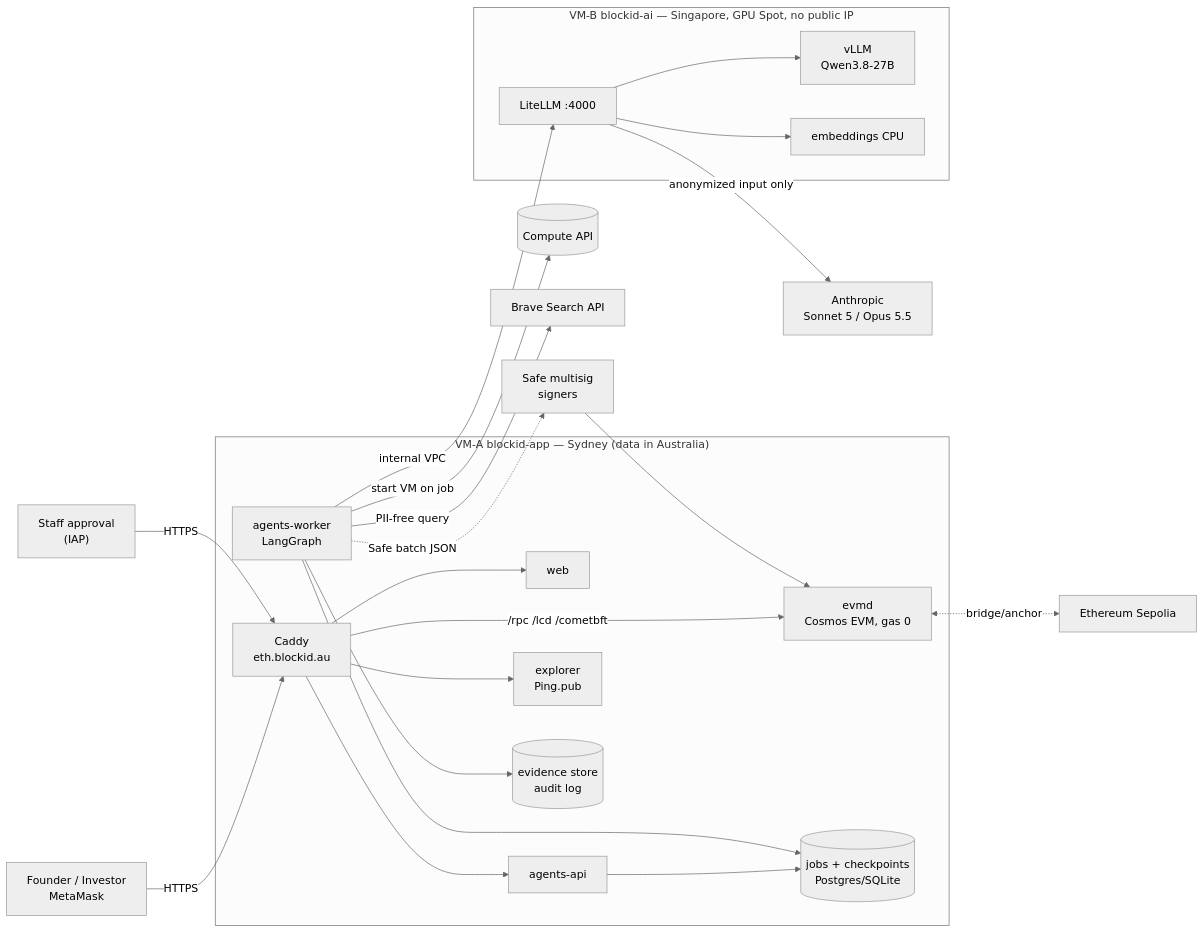
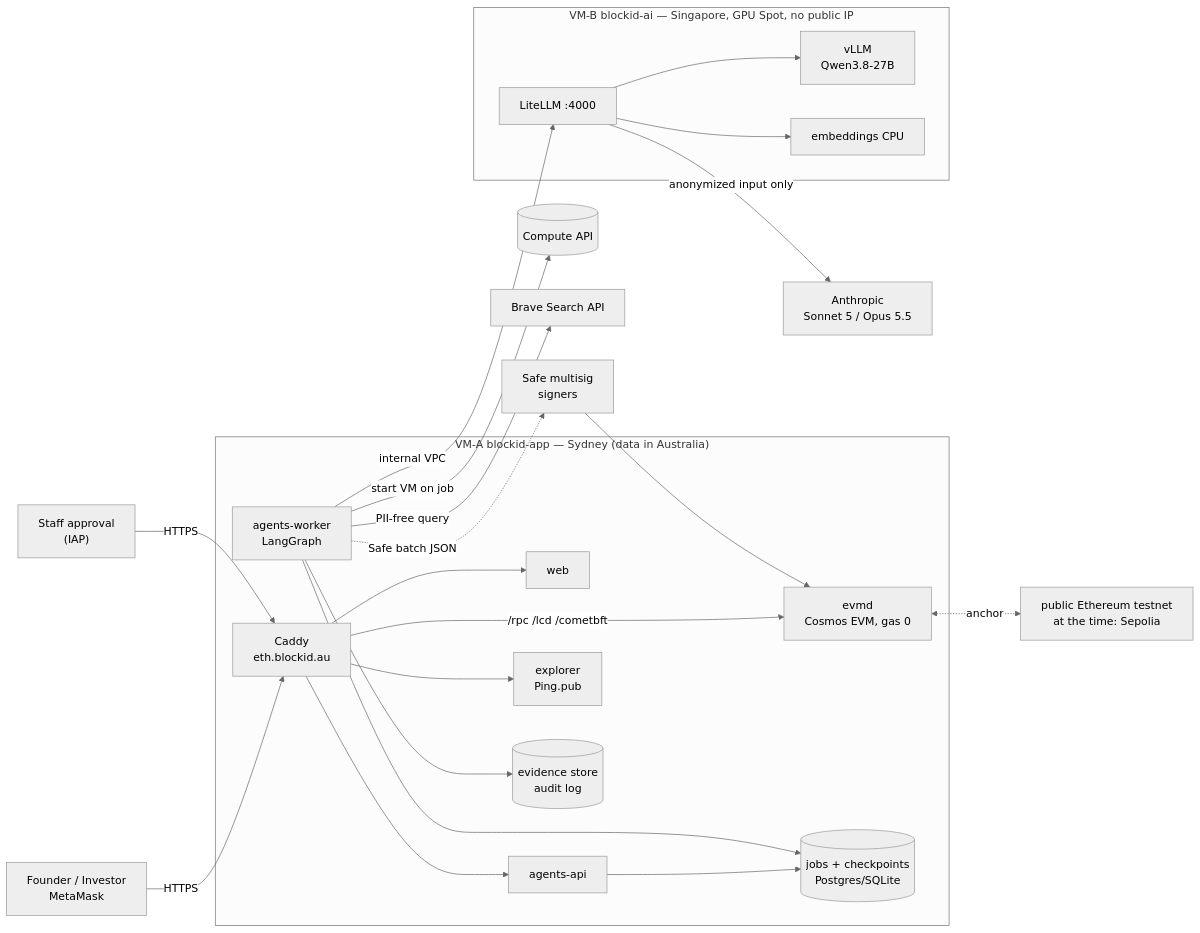
The second of 2 diagrams in docs/ARCHITECTURE.md (Blockid-au/eth-blockid-hackathon), drawn with Mermaid (neutral theme) before and after one commit. The commit also changed other lines of this file and 141 other files, not shown here.

````diff
--- a/docs/ARCHITECTURE.md
+++ b/docs/ARCHITECTURE.md
@@ -8,25 +120,25 @@
 ```mermaid
 flowchart LR
   U[Founder / Investor<br/>MetaMask] -->|HTTPS| C[Caddy<br/>eth.blockid.au]
   S["Staff approval<br/>(IAP)"] -->|HTTPS| C
   subgraph APP["VM-A blockid-app — Sydney (data in Australia)"]
     C --> W[web]
     C --> API[agents-api]
     C -->|/rpc /lcd /cometbft| N[evmd<br/>Cosmos EVM, gas 0]
     C --> X[explorer<br/>Ping.pub]
     API --> Q[(jobs + checkpoints<br/>Postgres/SQLite)]
     WK[agents-worker<br/>LangGraph] --> Q
     WK --> EV[(evidence store<br/>audit log)]
   end
   subgraph AI["VM-B blockid-ai — Singapore, GPU Spot, no public IP"]
     GW[LiteLLM :4000] --> V[vLLM<br/>Qwen3.8-27B]
     GW --> E[embeddings CPU]
   end
   WK -->|internal VPC| GW
   WK -->|start VM on job| GCE[(Compute API)]
   GW -->|anonymized input only| A[Anthropic<br/>Sonnet 5 / Opus 5.5]
   WK -->|PII-free query| B[Brave Search API]
   WK -.->|Safe batch JSON| SAFE[Safe multisig<br/>signers]
   SAFE --> N
-  N <-.->|bridge/anchor| ETH[Ethereum Sepolia]
+  N <-.->|anchor| ETH[public Ethereum testnet<br/>at the time: Sepolia]
 ```
````
